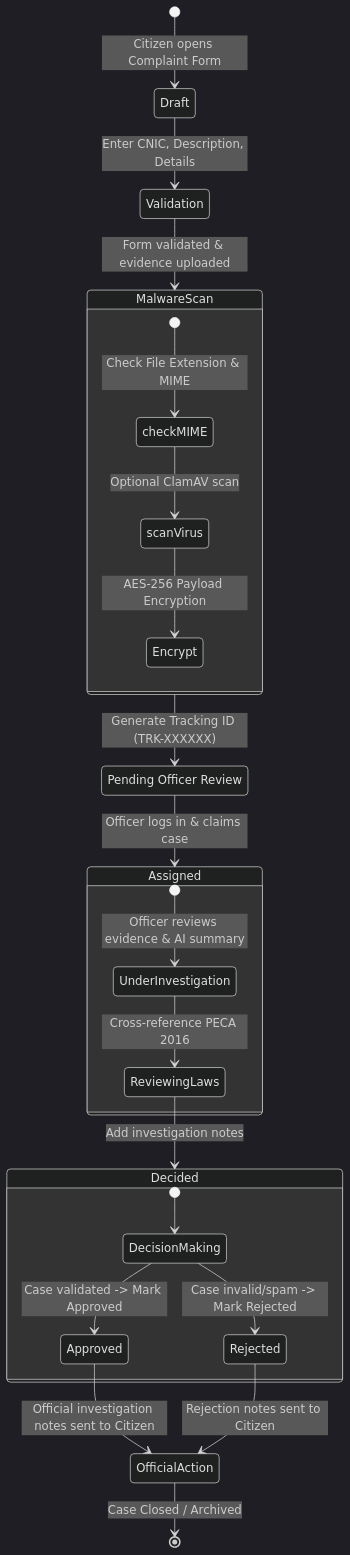
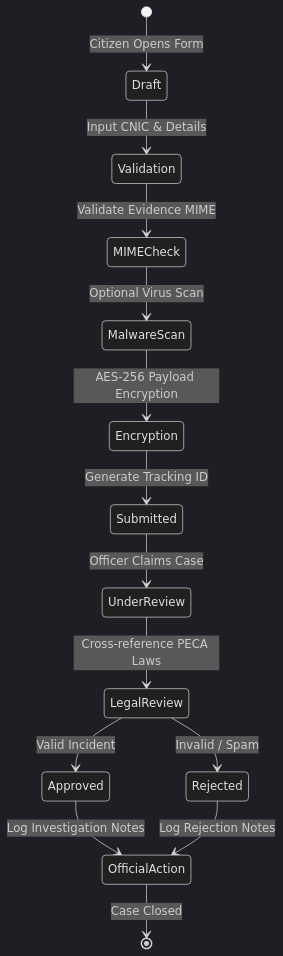
The second of 2 diagrams in README.md (hamzaali-712/cyber-crime-reporting-system), drawn with Mermaid (dark theme) before and after one commit. The commit also changed other lines of this file, not shown here.

Commit message:
fix: resolve Mermaid diagram layout bug and separate repository environment tables

````diff
--- a/README.md
+++ b/README.md
@@ -176,36 +168,16 @@
 ```mermaid
 stateDiagram-v2
-    [*] --> Draft : Citizen opens Complaint Form
-    Draft --> Validation : Enter CNIC, Description, Details
-    Validation --> MalwareScan : Form validated & evidence uploaded
-    
-    state MalwareScan {
-        [*] --> checkMIME : Check File Extension & MIME
-        checkMIME --> scanVirus : Optional ClamAV scan
-        scanVirus --> Encrypt : AES-256 Payload Encryption
-    }
-    
-    MalwareScan --> Submitted : Generate Tracking ID (TRK-XXXXXX)
-    
-    state "Pending Officer Review" as Submitted
-    
-    Submitted --> Assigned : Officer logs in & claims case
-    
-    state Assigned {
-        [*] --> UnderInvestigation : Officer reviews evidence & AI summary
-        UnderInvestigation --> ReviewingLaws : Cross-reference PECA 2016
-    }
-    
-    ReviewingLaws --> Decided : Add investigation notes
-    
-    state Decided {
-        [*] --> DecisionMaking
-        DecisionMaking --> Approved : Case validated -> Mark Approved
-        DecisionMaking --> Rejected : Case invalid/spam -> Mark Rejected
-    }
-    
-    Approved --> OfficialAction : Official investigation notes sent to Citizen
-    Rejected --> OfficialAction : Rejection notes sent to Citizen
-    
-    OfficialAction --> [*] : Case Closed / Archived
+    [*] --> Draft : Citizen Opens Form
+    Draft --> Validation : Input CNIC & Details
+    Validation --> MIMECheck : Validate Evidence MIME
+    MIMECheck --> MalwareScan : Optional Virus Scan
+    MalwareScan --> Encryption : AES-256 Payload Encryption
+    Encryption --> Submitted : Generate Tracking ID
+    Submitted --> UnderReview : Officer Claims Case
+    UnderReview --> LegalReview : Cross-reference PECA Laws
+    LegalReview --> Approved : Valid Incident
+    LegalReview --> Rejected : Invalid / Spam
+    Approved --> OfficialAction : Log Investigation Notes
+    Rejected --> OfficialAction : Log Rejection Notes
+    OfficialAction --> [*] : Case Closed
 ```
````
